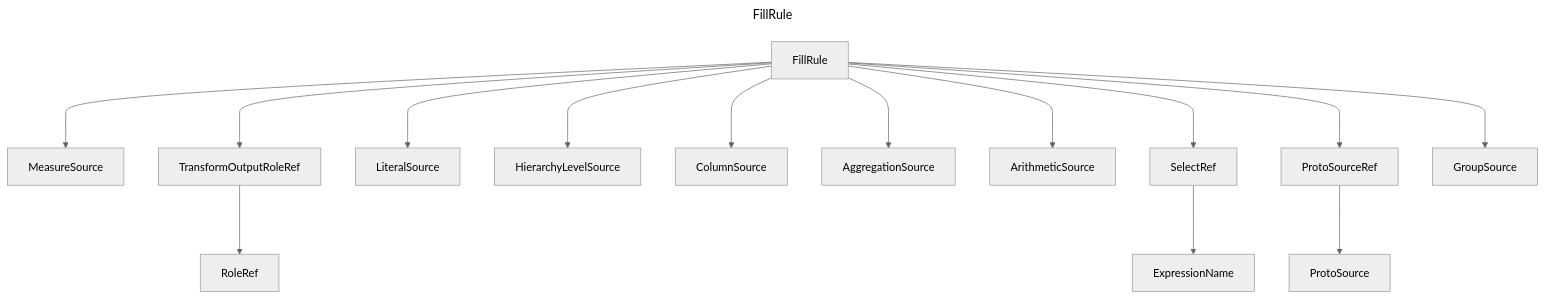
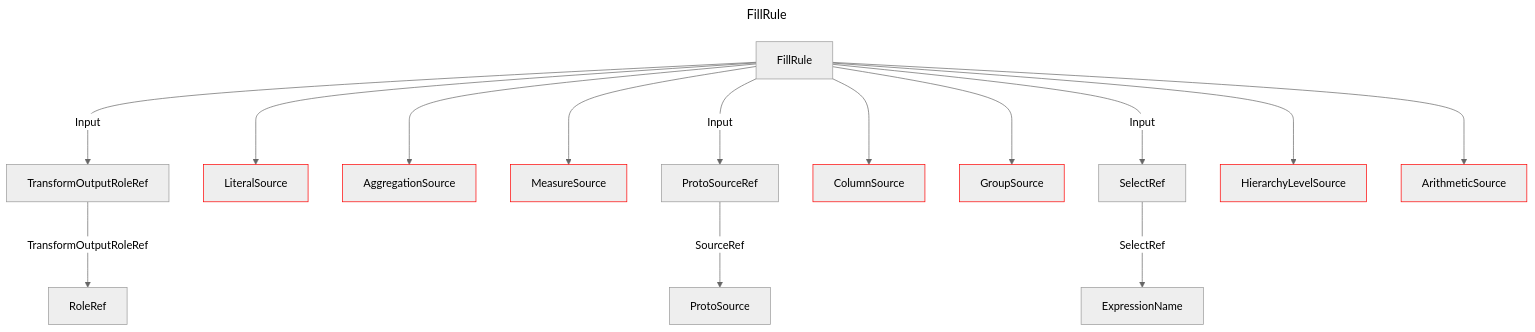
The diagram in docs/docs/layout/erd/FillRule.md (douglassimonsen/pbi_core), drawn with Mermaid (neutral theme) before and after one commit. The commit also changed 77 other files, not shown here.

Commit message:
Updated to color code the layout ERD

````diff
--- a/docs/docs/layout/erd/FillRule.md
+++ b/docs/docs/layout/erd/FillRule.md
@@ -1,33 +1,40 @@
 ```mermaid
 ---
 title: FillRule
 ---
 graph 
-2721642009152["MeasureSource"]
-2721642023792["ProtoSourceRef"]
-2721642039408["ProtoSource"]
-2721642022816["LiteralSource"]
-2721642040384["RoleRef"]
-2721641852992["FillRule"]
-2721642012080["HierarchyLevelSource"]
-2721642014032["ColumnSource"]
-2721642013056["ExpressionName"]
-2721642003296["AggregationSource"]
-2721642031600["ArithmeticSource"]
-2721642016960["SelectRef"]
-2721642024768["TransformOutputRoleRef"]
-2721642035504["GroupSource"]
-2721641852992 ---> 2721642009152
-2721641852992 ---> 2721642022816
-2721641852992 ---> 2721642003296
-2721641852992 ---> 2721642024768
-2721642024768 ---> 2721642040384
-2721641852992 ---> 2721642035504
-2721641852992 ---> 2721642016960
-2721641852992 ---> 2721642031600
-2721642023792 ---> 2721642039408
-2721642016960 ---> 2721642013056
-2721641852992 ---> 2721642023792
-2721641852992 ---> 2721642012080
-2721641852992 ---> 2721642014032
+2430071820688["RoleRef"]
+2430071895840["FillRule"]
+2430071814832["TransformOutputRoleRef"]
+2430071816784["LiteralSource"]
+style 2430071816784 stroke:#ff0000,stroke-width:1px
+2430071366800["ExpressionName"]
+2430071358016["AggregationSource"]
+style 2430071358016 stroke:#ff0000,stroke-width:1px
+2430071359968["MeasureSource"]
+style 2430071359968 stroke:#ff0000,stroke-width:1px
+2430071825568["ProtoSourceRef"]
+2430071365824["ColumnSource"]
+style 2430071365824 stroke:#ff0000,stroke-width:1px
+2430071808976["GroupSource"]
+style 2430071808976 stroke:#ff0000,stroke-width:1px
+2430071356064["SelectRef"]
+2430071819712["ProtoSource"]
+2430071363872["HierarchyLevelSource"]
+style 2430071363872 stroke:#ff0000,stroke-width:1px
+2430071382416["ArithmeticSource"]
+style 2430071382416 stroke:#ff0000,stroke-width:1px
+2430071825568 --->|SourceRef| 2430071819712
+2430071895840 ---> 2430071382416
+2430071895840 --->|Input| 2430071814832
+2430071895840 ---> 2430071808976
+2430071356064 --->|SelectRef| 2430071366800
+2430071814832 --->|TransformOutputRoleRef| 2430071820688
+2430071895840 ---> 2430071816784
+2430071895840 ---> 2430071365824
+2430071895840 ---> 2430071359968
+2430071895840 ---> 2430071363872
+2430071895840 ---> 2430071358016
+2430071895840 --->|Input| 2430071825568
+2430071895840 --->|Input| 2430071356064
 ```
````
